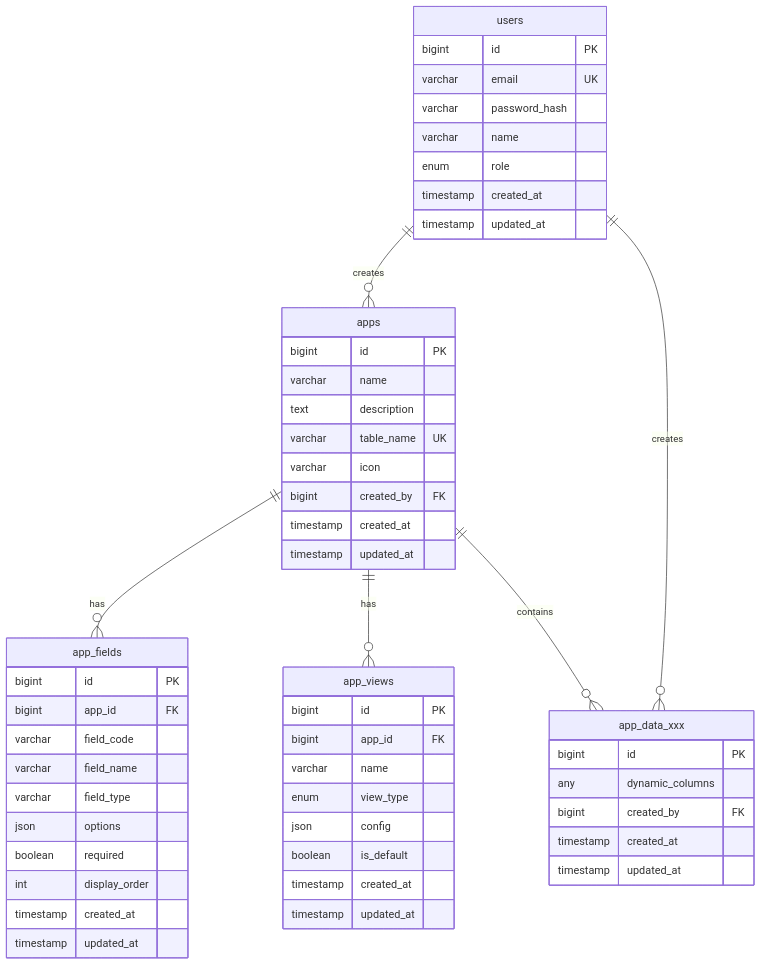
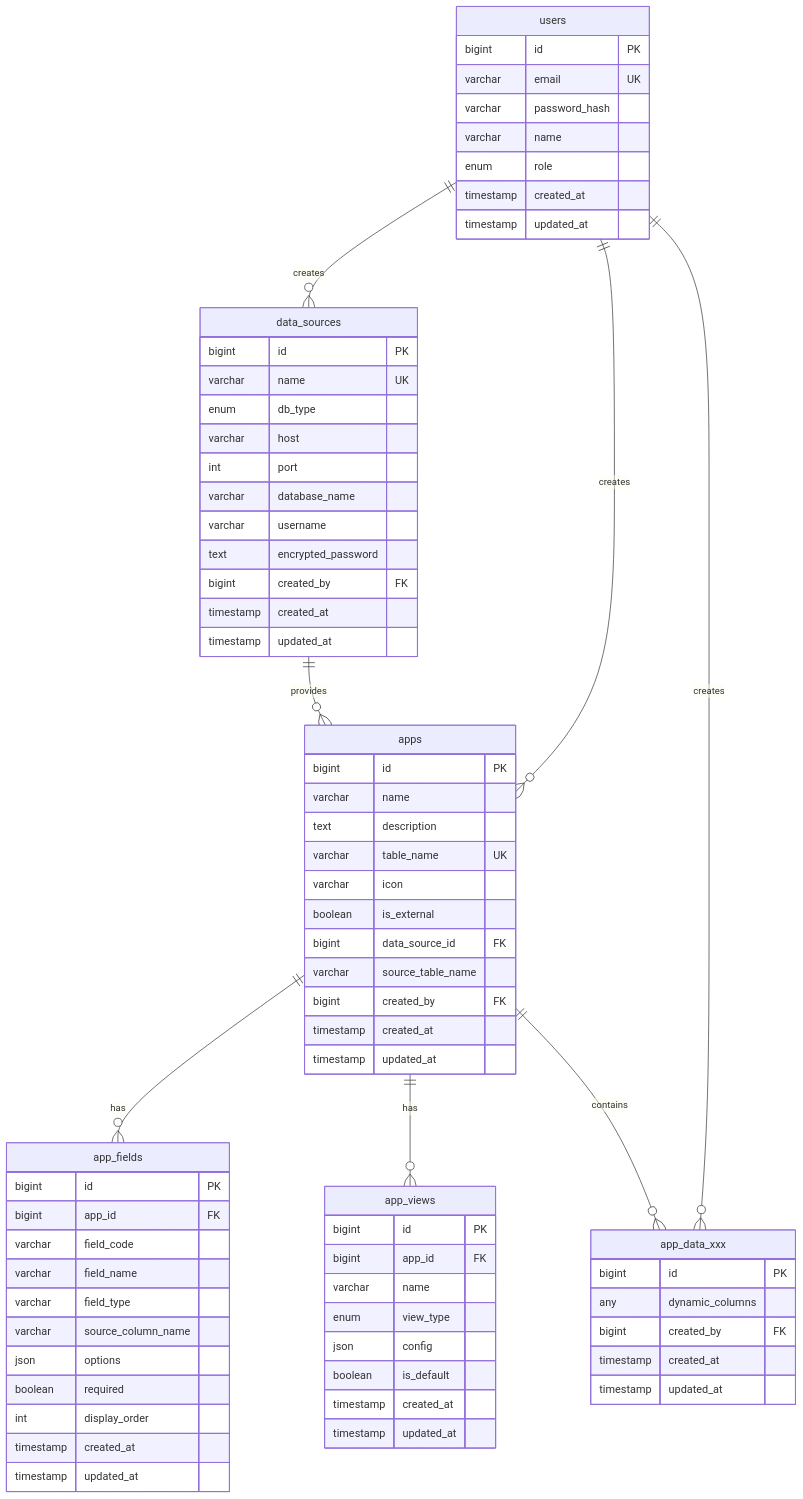
One commit to okamyuji/nocode-app changed the fourth of 5 diagrams in README.md. Above: the diagram before and after it, drawn with Mermaid. The commit also changed other lines of this file, not shown here.

````diff
--- a/README.md
+++ b/README.md
@@ -444,61 +547,81 @@
 ```mermaid
 erDiagram
     users ||--o{ apps : creates
     users ||--o{ app_data_xxx : creates
+    users ||--o{ data_sources : creates
+    data_sources ||--o{ apps : provides
     apps ||--o{ app_fields : has
     apps ||--o{ app_views : has
     apps ||--o{ app_data_xxx : contains
 
     users {
         bigint id PK
         varchar email UK
         varchar password_hash
         varchar name
         enum role
         timestamp created_at
         timestamp updated_at
     }
 
+    data_sources {
+        bigint id PK
+        varchar name UK
+        enum db_type
+        varchar host
+        int port
+        varchar database_name
+        varchar username
+        text encrypted_password
+        bigint created_by FK
+        timestamp created_at
+        timestamp updated_at
+    }
+
     apps {
         bigint id PK
         varchar name
         text description
         varchar table_name UK
         varchar icon
+        boolean is_external
+        bigint data_source_id FK
+        varchar source_table_name
         bigint created_by FK
         timestamp created_at
         timestamp updated_at
     }
 
     app_fields {
         bigint id PK
         bigint app_id FK
         varchar field_code
         varchar field_name
         varchar field_type
+        varchar source_column_name
         json options
         boolean required
         int display_order
         timestamp created_at
         timestamp updated_at
     }
 
     app_views {
         bigint id PK
         bigint app_id FK
         varchar name
         enum view_type
         json config
         boolean is_default
         timestamp created_at
         timestamp updated_at
     }
 
     app_data_xxx {
         bigint id PK
         any dynamic_columns
         bigint created_by FK
         timestamp created_at
         timestamp updated_at
     }
 ```
````
